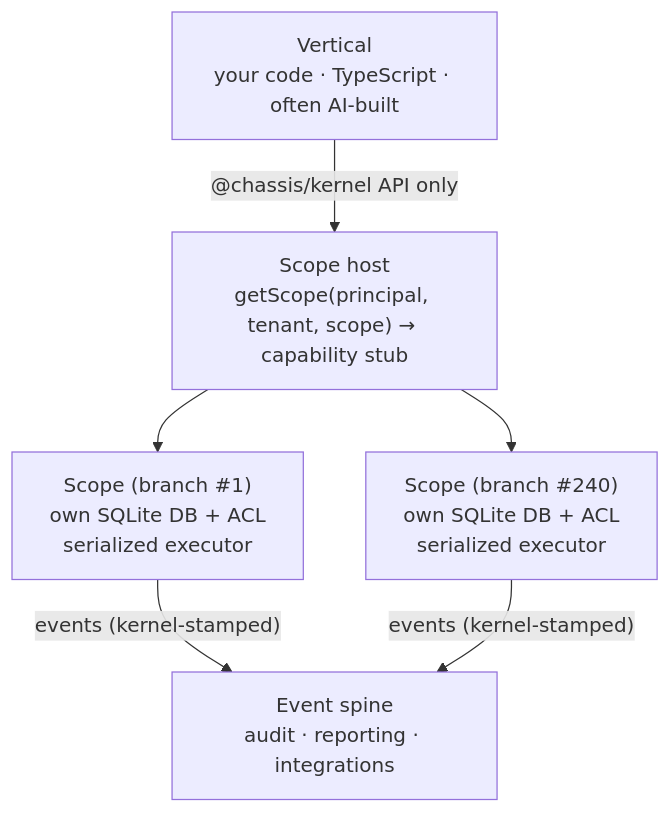
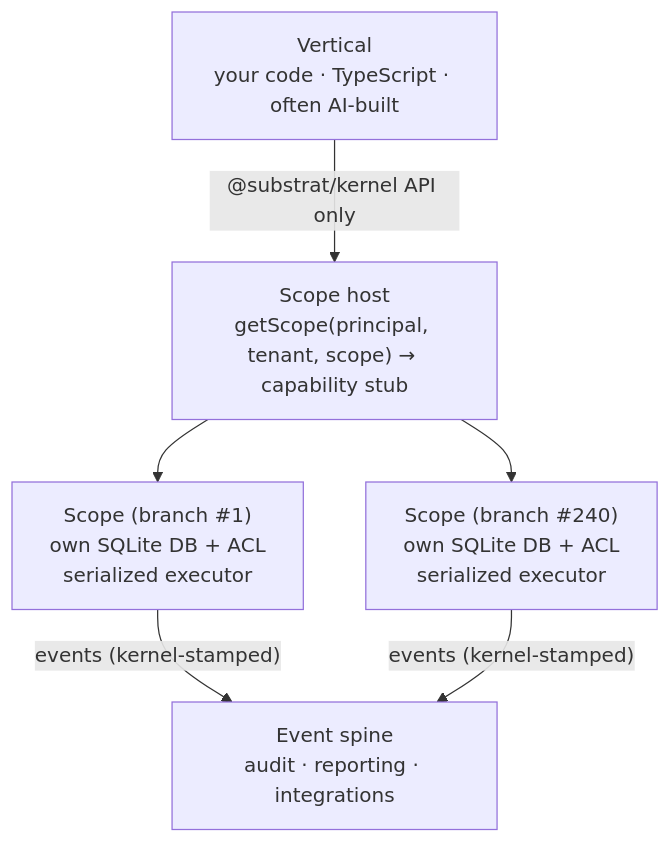
One commit to markusahlstrand/chassis changed the diagram in apps/docs/guide/architecture.md. Above: the diagram before and after it, drawn with Mermaid. The commit also changed other lines of this file and 60 other files, not shown here.

First line of the commit message:
Rename Chassis → Substrat (decision 24)

````diff
--- a/apps/docs/guide/architecture.md
+++ b/apps/docs/guide/architecture.md
@@ -5,14 +5,14 @@
 ```mermaid
 flowchart TB
     V["Vertical<br/>your code · TypeScript · often AI-built"]
     H["Scope host<br/>getScope(principal, tenant, scope) → capability stub"]
     S1["Scope (branch #1)<br/>own SQLite DB + ACL<br/>serialized executor"]
     S2["Scope (branch #240)<br/>own SQLite DB + ACL<br/>serialized executor"]
     SPINE["Event spine<br/>audit · reporting · integrations"]
 
-    V -->|"@chassis/kernel API only"| H
+    V -->|"@substrat/kernel API only"| H
     H --> S1
     H --> S2
     S1 -->|"events (kernel-stamped)"| SPINE
     S2 -->|"events (kernel-stamped)"| SPINE
 ```
````
